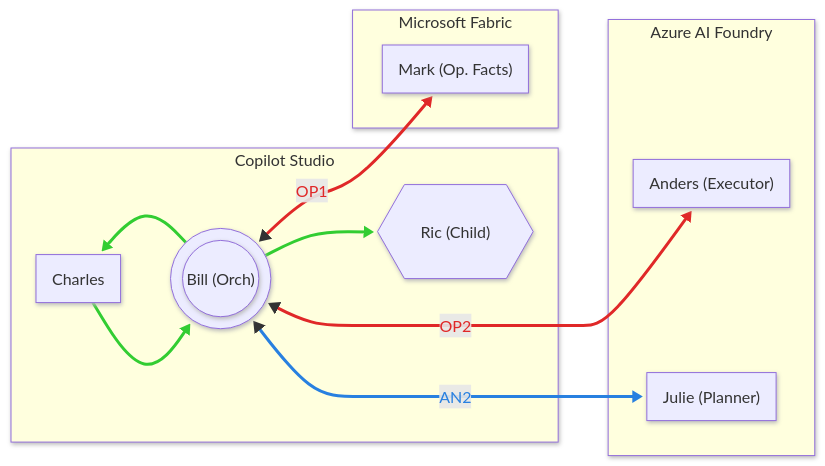
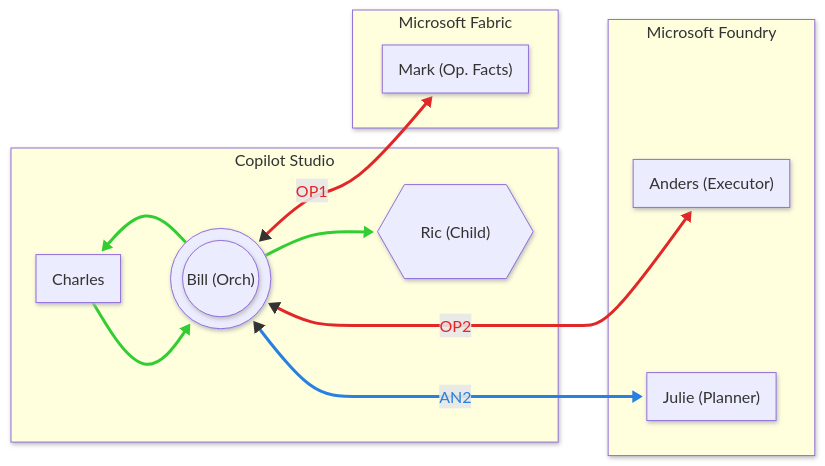
One commit to warnov/multi-agentic-workshop changed the diagram in assets/global-arch.mermaid. Above: the diagram before and after it, drawn with Mermaid. The commit also changed 7 other files, not shown here.

Commit message:
renaming to Microsoft Foundry

```diff
--- a/assets/global-arch.mermaid
+++ b/assets/global-arch.mermaid
@@ -1,40 +1,40 @@
 ---
 config:
   look: neo
 ---
 flowchart LR
 
   subgraph CS["Copilot Studio"]
     Charles["Charles"]
     Bill((("Bill (Orch)")))
     Ric{{"Ric (Child)"}}
   end
 
   subgraph MF["Microsoft Fabric"]
     Mark["Mark (Op. Facts)"]
   end
 
-  subgraph AF["Azure AI Foundry"]
+  subgraph AF["Microsoft Foundry"]
     Anders["Anders (Executor)"]
     Julie["Julie (Planner)"]
   end
 
   %% Conexión invisible (Índice 0)
   MF ~~~ AF
 
   %% Conexiones
   Charles --> Bill
   Bill --> Charles
   Bill --> Ric
   Bill <-->|OP1| Mark
   Bill <-->|OP2| Anders
   Bill <-->|AN2| Julie
 
   %% Estilos Verdes: Internos CS (Charles y Ric)
   linkStyle 1,2,3 stroke:#32CD32,stroke-width:3px,color:#32CD32
   
   %% Estilos Rojos: Operativos (Mark y Anders)
   linkStyle 4,5 stroke:#E02828,stroke-width:3px,color:#E02828
   
   %% Estilos Azules: Analíticos (Julie)
   linkStyle 6 stroke:#2880E0,stroke-width:3px,color:#2880E0
```
